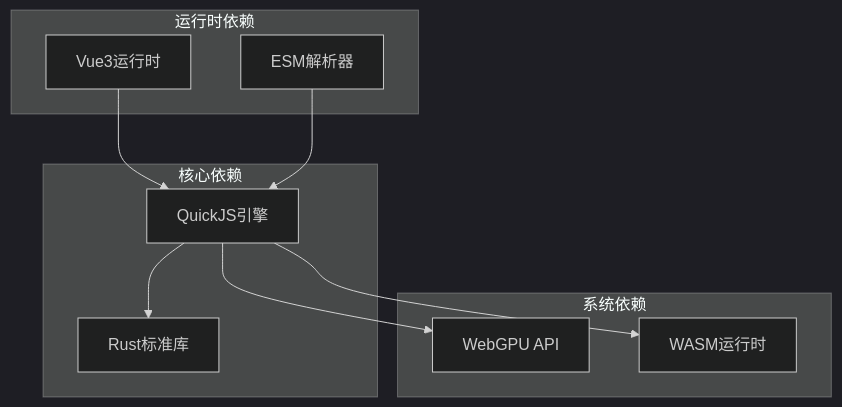
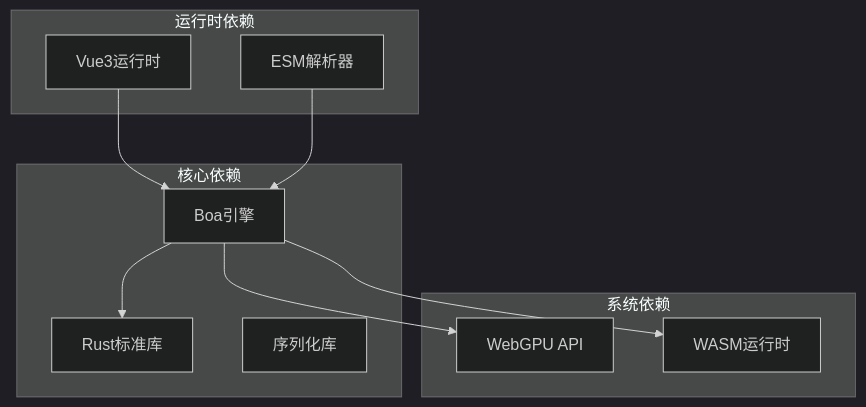
One commit to itszzl-sudo/iris changed the ninth of 11 diagrams in .qoder/repowiki/zh/content/技术架构详解/JS沙箱运行时.md. Above: the diagram before and after it, drawn with Mermaid (dark theme). The commit also changed other lines of this file and 12 other files, not shown here.

````diff
--- a/.qoder/repowiki/zh/content/技术架构详解/JS沙箱运行时.md
+++ b/.qoder/repowiki/zh/content/技术架构详解/JS沙箱运行时.md
@@ -292,20 +314,21 @@
 ```mermaid
 graph TB
 subgraph "核心依赖"
-QuickJS[QuickJS引擎]
+Boa[Boa引擎]
 RustStd[Rust标准库]
+Serde[序列化库]
 end
 subgraph "运行时依赖"
 Vue3[Vue3运行时]
 ESM[ESM解析器]
 end
 subgraph "系统依赖"
 WebGPU[WebGPU API]
 Wasm[WASM运行时]
 end
-QuickJS --> RustStd
-Vue3 --> QuickJS
-ESM --> QuickJS
-QuickJS --> WebGPU
-QuickJS --> Wasm
+Boa --> RustStd
+Vue3 --> Boa
+ESM --> Boa
+Boa --> WebGPU
+Boa --> Wasm
 ```
````
